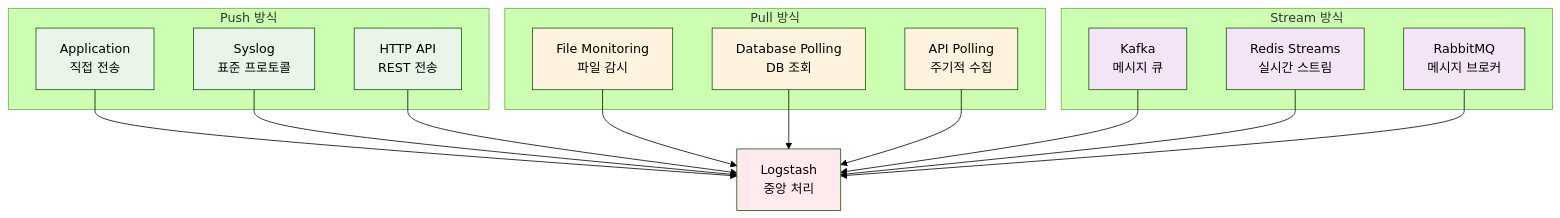
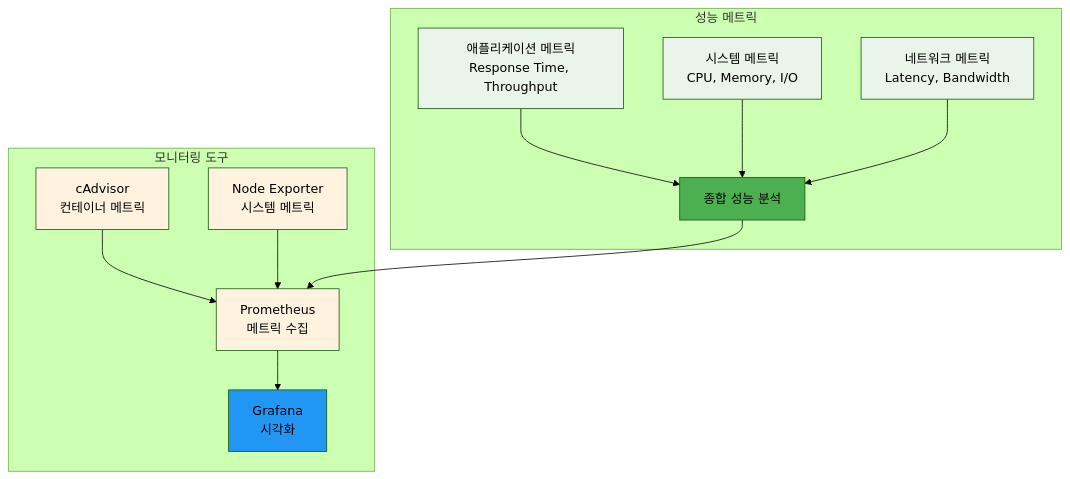
The third of 4 diagrams in theory/week_02/day3/session_2.md (niceguy61/kdt_devops_lecture_2025), drawn with Mermaid (forest theme) before and after one commit. The commit also changed other lines of this file and 68 other files, not shown here.

````diff
--- a/theory/week_02/day3/session_2.md
+++ b/theory/week_02/day3/session_2.md
@@ -118,41 +108,25 @@
 ```mermaid
 graph TB
-    subgraph "Push 방식"
-        A1[Application<br/>직접 전송]
-        A2[Syslog<br/>표준 프로토콜]
-        A3[HTTP API<br/>REST 전송]
+    subgraph "성능 메트릭"
+        A[애플리케이션 메트릭<br/>Response Time, Throughput] --> D[종합 성능 분석]
+        B[시스템 메트릭<br/>CPU, Memory, I/O] --> D
+        C[네트워크 메트릭<br/>Latency, Bandwidth] --> D
     end
     
-    subgraph "Pull 방식"
-        B1[File Monitoring<br/>파일 감시]
-        B2[Database Polling<br/>DB 조회]
-        B3[API Polling<br/>주기적 수집]
+    subgraph "모니터링 도구"
+        E[Prometheus<br/>메트릭 수집] --> F[Grafana<br/>시각화]
+        G[cAdvisor<br/>컨테이너 메트릭] --> E
+        H[Node Exporter<br/>시스템 메트릭] --> E
     end
     
-    subgraph "Stream 방식"
-        C1[Kafka<br/>메시지 큐]
-        C2[Redis Streams<br/>실시간 스트림]
-        C3[RabbitMQ<br/>메시지 브로커]
-    end
+    D --> E
     
-    A1 --> D[Logstash<br/>중앙 처리]
-    A2 --> D
-    A3 --> D
-    B1 --> D
-    B2 --> D
-    B3 --> D
-    C1 --> D
-    C2 --> D
-    C3 --> D
-    
-    style A1 fill:#e8f5e8
-    style A2 fill:#e8f5e8
-    style A3 fill:#e8f5e8
-    style B1 fill:#fff3e0
-    style B2 fill:#fff3e0
-    style B3 fill:#fff3e0
-    style C1 fill:#f3e5f5
-    style C2 fill:#f3e5f5
-    style C3 fill:#f3e5f5
-    style D fill:#ffebee
+    style A fill:#e8f5e8
+    style B fill:#e8f5e8
+    style C fill:#e8f5e8
+    style D fill:#4caf50
+    style E fill:#fff3e0
+    style G fill:#fff3e0
+    style H fill:#fff3e0
+    style F fill:#2196f3
 ```
````
